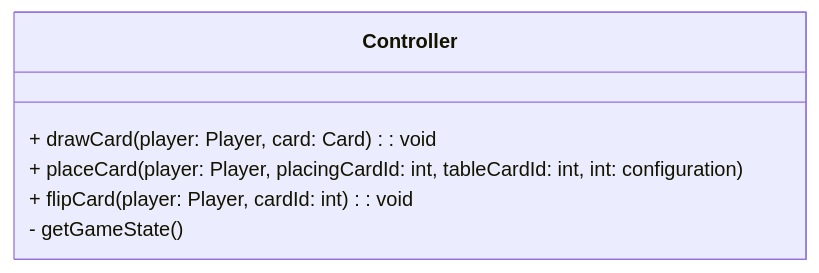
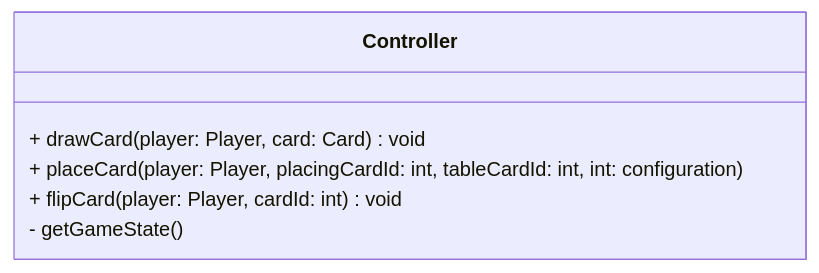
Before and after one commit to Pole11/ing-sw-2024-polelli-pozzi-quartieri-tessera: the fourth of 5 diagrams in deliverables/uml.md, drawn with Mermaid. The commit also changed other lines of this file and 65 other files, not shown here.

Commit message:
refactor of challenge, card, exception, modified methods of board, added chat, message, elements enums in uml.md; completed uml.md for peer-review

````diff
--- a/deliverables/uml.md
+++ b/deliverables/uml.md
@@ -281,11 +339,11 @@
 ```mermaid
 classDiagram
 
   class Controller {
-    + drawCard(player: Player, card: Card) : void
+    + drawCard(player: Player, card: Card)  void
     + placeCard(player: Player, placingCardId: int, tableCardId: int, int: configuration)
-    + flipCard(player: Player, cardId: int) : void
+    + flipCard(player: Player, cardId: int) void
 
     - getGameState()
   }
 ```
````
